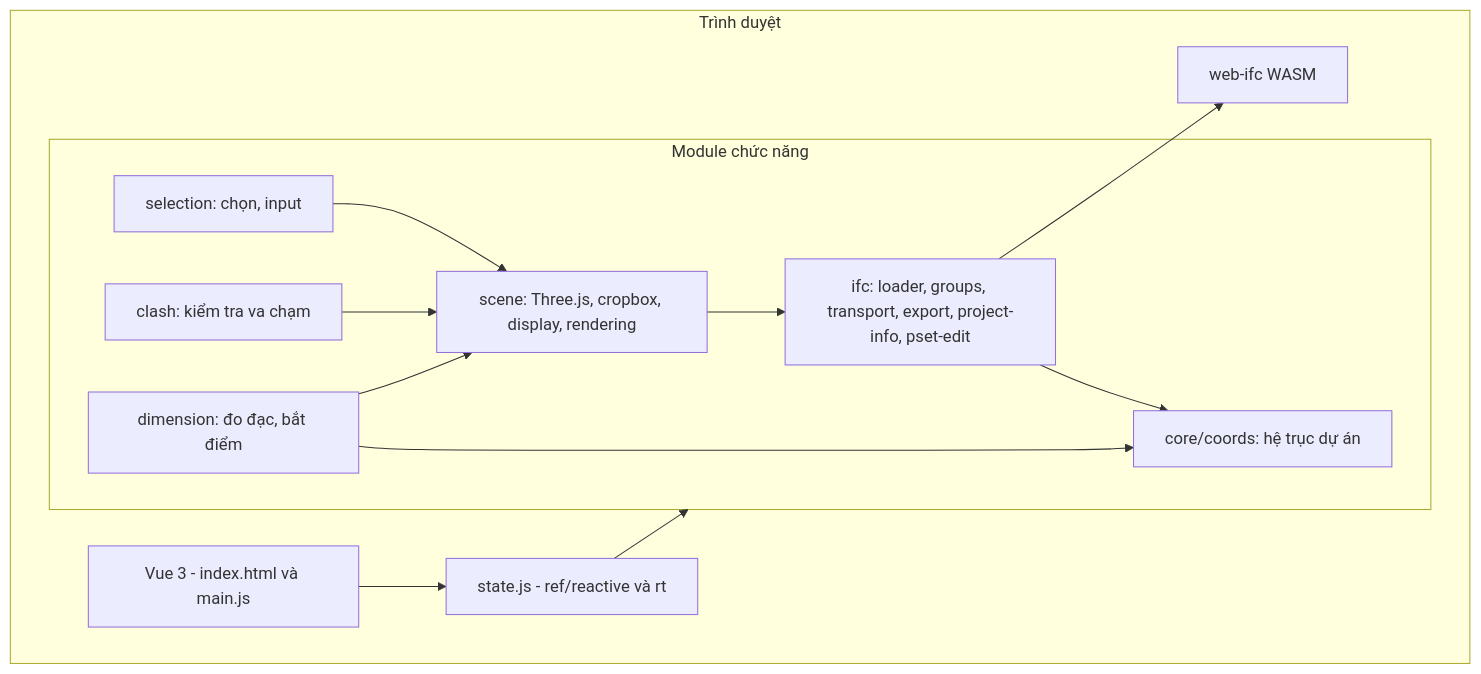
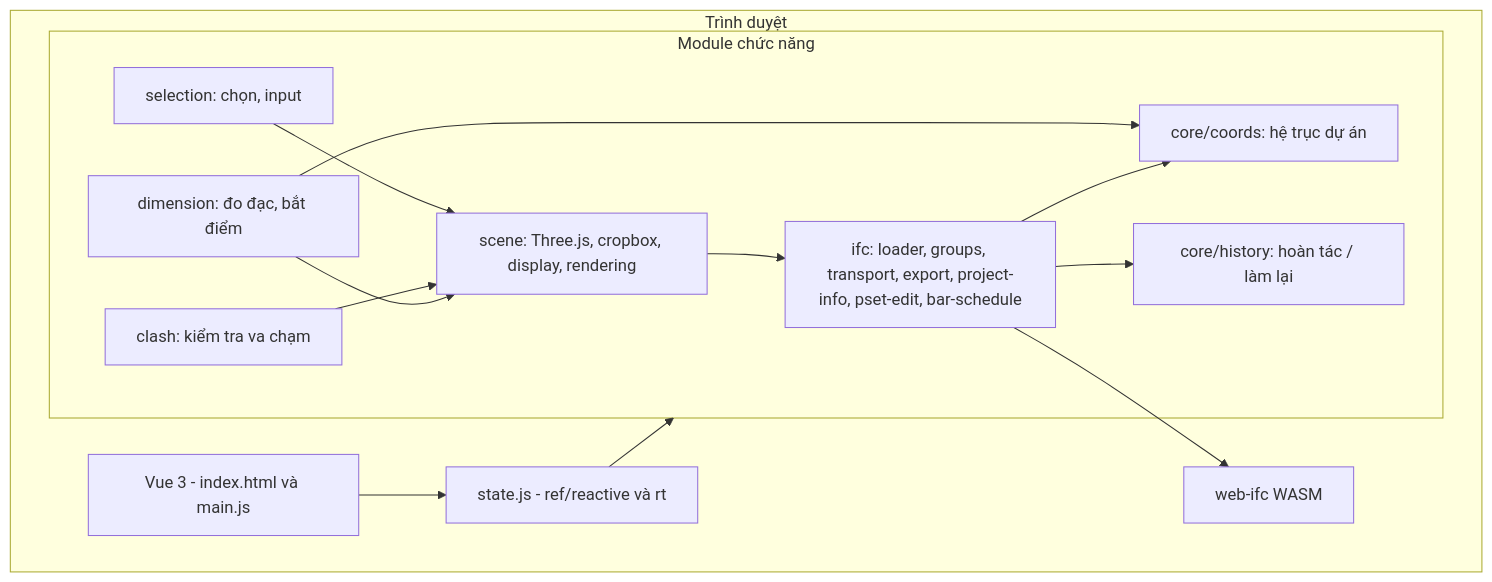
Before and after one commit to 4431thuc/HTML_7_IFC_editor: the third of 3 diagrams in README.md, drawn with Mermaid. The commit also changed other lines of this file and 23 other files, not shown here.

````diff
--- a/README.md
+++ b/README.md
@@ -122,25 +139,27 @@
 ```mermaid
 flowchart TB
     subgraph Browser[Trình duyệt]
         UI[Vue 3 - index.html và main.js]
         State[state.js - ref/reactive và rt]
         subgraph Logic[Module chức năng]
-            IFC[ifc: loader, groups, transport, export, project-info, pset-edit]
+            IFC[ifc: loader, groups, transport, export, project-info, pset-edit, bar-schedule]
             Scene[scene: Three.js, cropbox, display, rendering]
             Sel[selection: chọn, input]
             Clash[clash: kiểm tra va chạm]
             Dim[dimension: đo đạc, bắt điểm]
             Coords[core/coords: hệ trục dự án]
+            History[core/history: hoàn tác / làm lại]
         end
         WASM[web-ifc WASM]
     end
     UI --> State
     State --> Logic
     IFC --> WASM
     Scene --> IFC
     Sel --> Scene
     Clash --> Scene
     Dim --> Scene
     Dim --> Coords
     IFC --> Coords
+    IFC --> History
 ```
````
